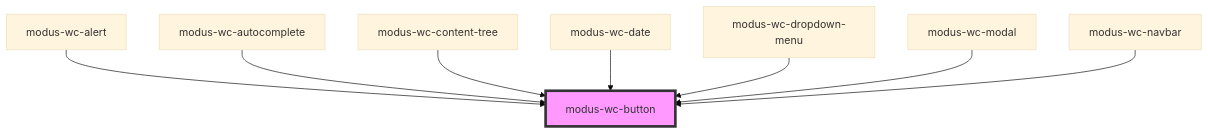
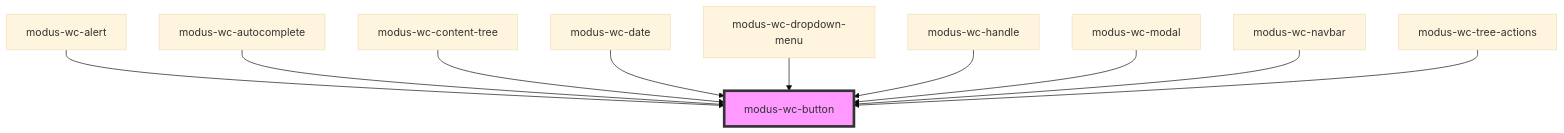
The diagram in src/components/modus-wc-button/readme.md (trimble-oss/modus-wc-2.0), drawn with Mermaid (base theme) before and after one commit. The commit also changed other lines of this file and 9 other files, not shown here.

````diff
--- a/src/components/modus-wc-button/readme.md
+++ b/src/components/modus-wc-button/readme.md
@@ -47,11 +49,13 @@
 ```mermaid
 graph TD;
   modus-wc-alert --> modus-wc-button
   modus-wc-autocomplete --> modus-wc-button
   modus-wc-content-tree --> modus-wc-button
   modus-wc-date --> modus-wc-button
   modus-wc-dropdown-menu --> modus-wc-button
+  modus-wc-handle --> modus-wc-button
   modus-wc-modal --> modus-wc-button
   modus-wc-navbar --> modus-wc-button
+  modus-wc-tree-actions --> modus-wc-button
   style modus-wc-button fill:#f9f,stroke:#333,stroke-width:4px
 ```
````
